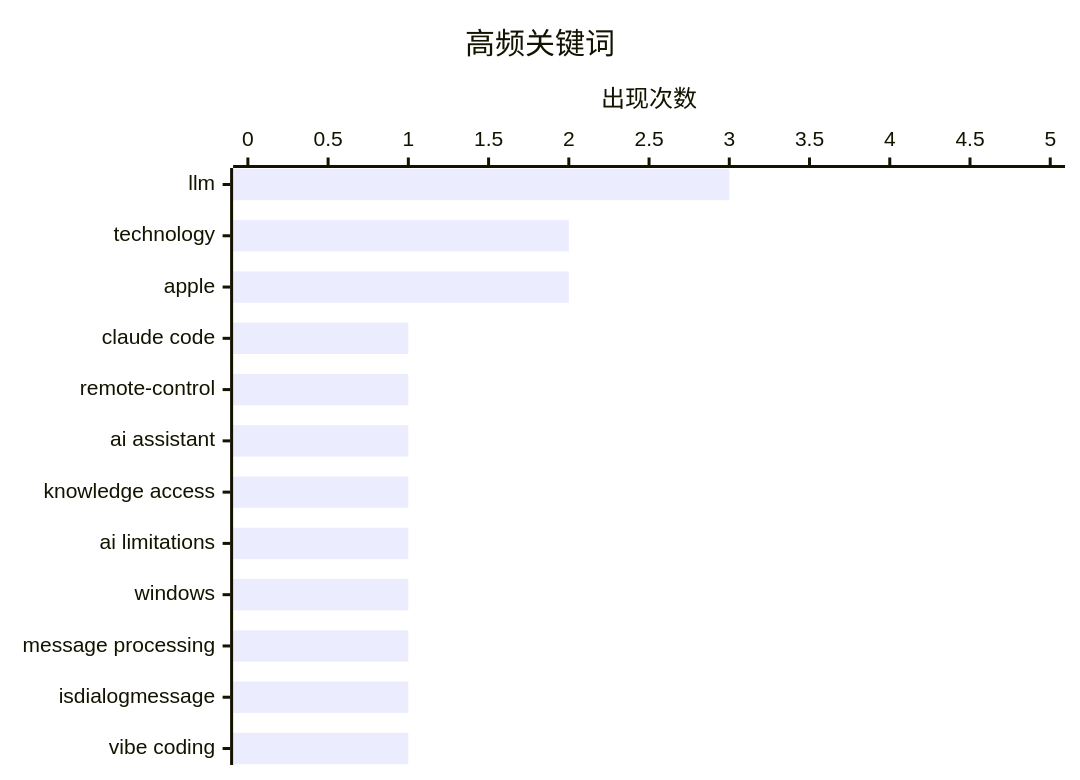
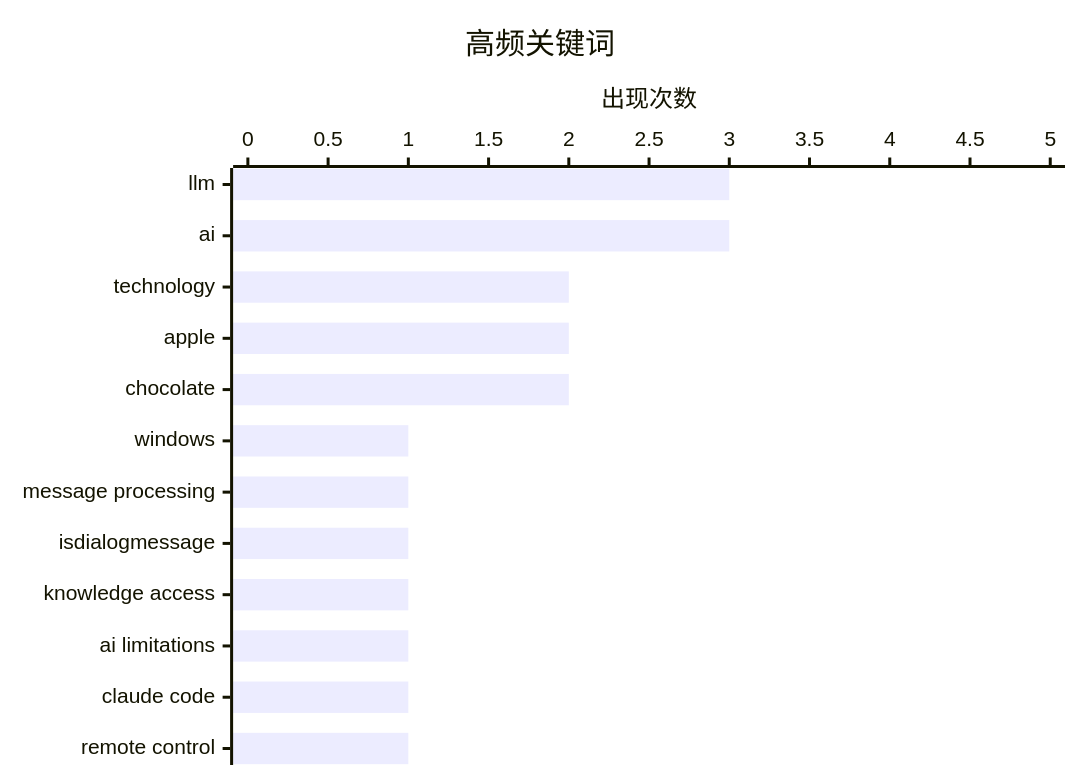
Before and after one commit to hustlyt/ai-daily-digest: the second of 2 diagrams in src/content/digest/2026-02-26.md, drawn with Mermaid. The commit also changed other lines of this file, not shown here.

````diff
--- a/src/content/digest/2026-02-26.md
+++ b/src/content/digest/2026-02-26.md
@@ -72,7 +72,7 @@
 ```mermaid
 xychart-beta horizontal
     title "高频关键词"
-    x-axis ["llm", "technology", "apple", "claude code", "remote-control", "ai assistant", "knowledge access", "ai limitations", "windows", "message processing", "isdialogmessage", "vibe coding"]
+    x-axis ["llm", "ai", "technology", "apple", "chocolate", "windows", "message processing", "isdialogmessage", "knowledge access", "ai limitations", "claude code", "remote control"]
     y-axis "出现次数" 0 --> 5
-    bar [3, 2, 2, 1, 1, 1, 1, 1, 1, 1, 1, 1]
+    bar [3, 3, 2, 2, 2, 1, 1, 1, 1, 1, 1, 1]
 ```
````
